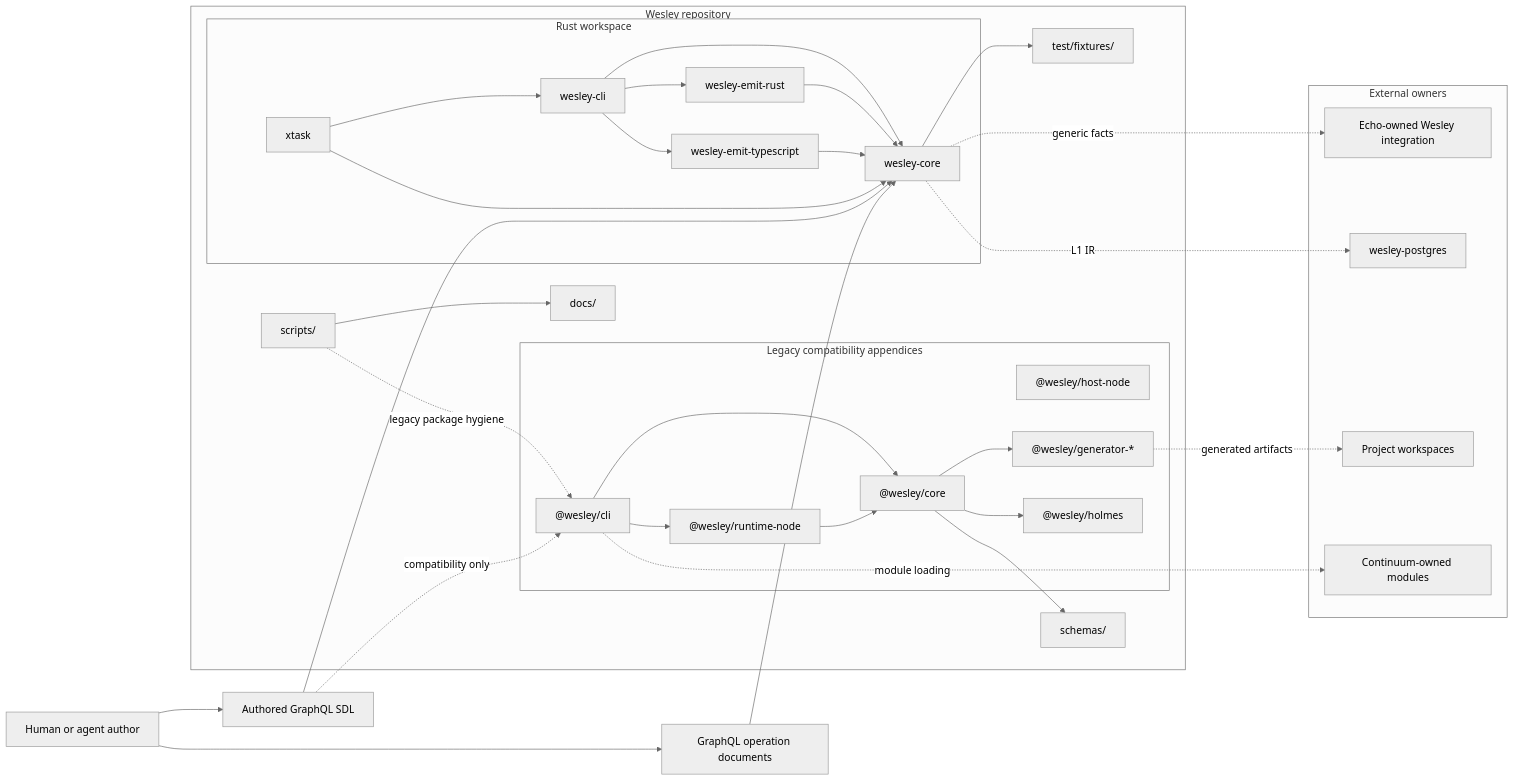
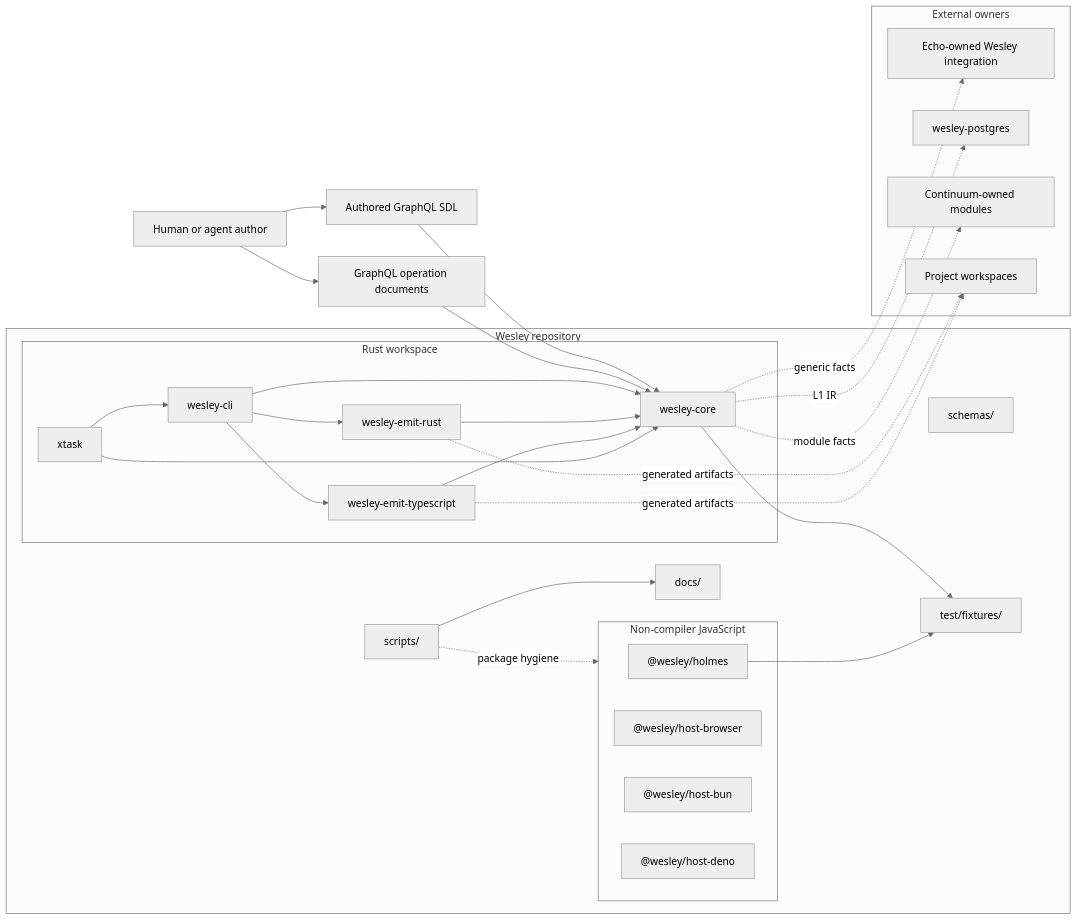
One commit to flyingrobots/wesley changed the first of 9 diagrams in docs/ARCHITECTURE.md. Above: the diagram before and after it, drawn with Mermaid (neutral theme). The commit also changed other lines of this file and 364 other files, not shown here.

Commit message:
feat(node-retirement): close legacy Node compiler surface

````diff
--- a/docs/ARCHITECTURE.md
+++ b/docs/ARCHITECTURE.md
@@ -53,63 +49,55 @@
 ```mermaid
 flowchart LR
     Author[Human or agent author] --> SDL[Authored GraphQL SDL]
     Author --> OP[GraphQL operation documents]
 
     subgraph WesleyRepo["Wesley repository"]
         subgraph Rust["Rust workspace"]
             Core[wesley-core]
             RustEmitter[wesley-emit-rust]
             TsEmitter[wesley-emit-typescript]
             NativeCli[wesley-cli]
             Xtask[xtask]
         end
 
-        subgraph Node["Legacy compatibility appendices"]
-            JsCore["@wesley/core"]
-            JsCli["@wesley/cli"]
-            Runtime["@wesley/runtime-node"]
-            HostNode["@wesley/host-node"]
-            Generators["@wesley/generator-*"]
+        subgraph JS["Non-compiler JavaScript"]
             Holmes["@wesley/holmes"]
+            Browser["@wesley/host-browser"]
+            Bun["@wesley/host-bun"]
+            Deno["@wesley/host-deno"]
         end
 
         Docs[docs/]
         Schemas[schemas/]
         Fixtures[test/fixtures/]
         Scripts[scripts/]
     end
 
     subgraph External["External owners"]
         Echo[Echo-owned Wesley integration]
         Postgres[wesley-postgres]
         Continuum[Continuum-owned modules]
         Apps[Project workspaces]
     end
 
     SDL --> Core
     OP --> Core
     NativeCli --> Core
     NativeCli --> RustEmitter
     NativeCli --> TsEmitter
     RustEmitter --> Core
     TsEmitter --> Core
     Xtask --> NativeCli
     Xtask --> Core
 
-    SDL -. compatibility only .-> JsCli
-    JsCli --> JsCore
-    JsCli --> Runtime
-    Runtime --> JsCore
-    JsCore --> Generators
-    JsCore --> Holmes
-
     Core --> Fixtures
-    JsCore --> Schemas
+    Holmes --> Fixtures
     Scripts --> Docs
-    Scripts -. legacy package hygiene .-> JsCli
+    Scripts -. package hygiene .-> JS
 
     Core -. generic facts .-> Echo
     Core -. L1 IR .-> Postgres
-    JsCli -. module loading .-> Continuum
-    Generators -. generated artifacts .-> Apps
+    Core -. module facts .-> Continuum
+    RustEmitter -. generated artifacts .-> Apps
+    TsEmitter -. generated artifacts .-> Apps
 ```
````
